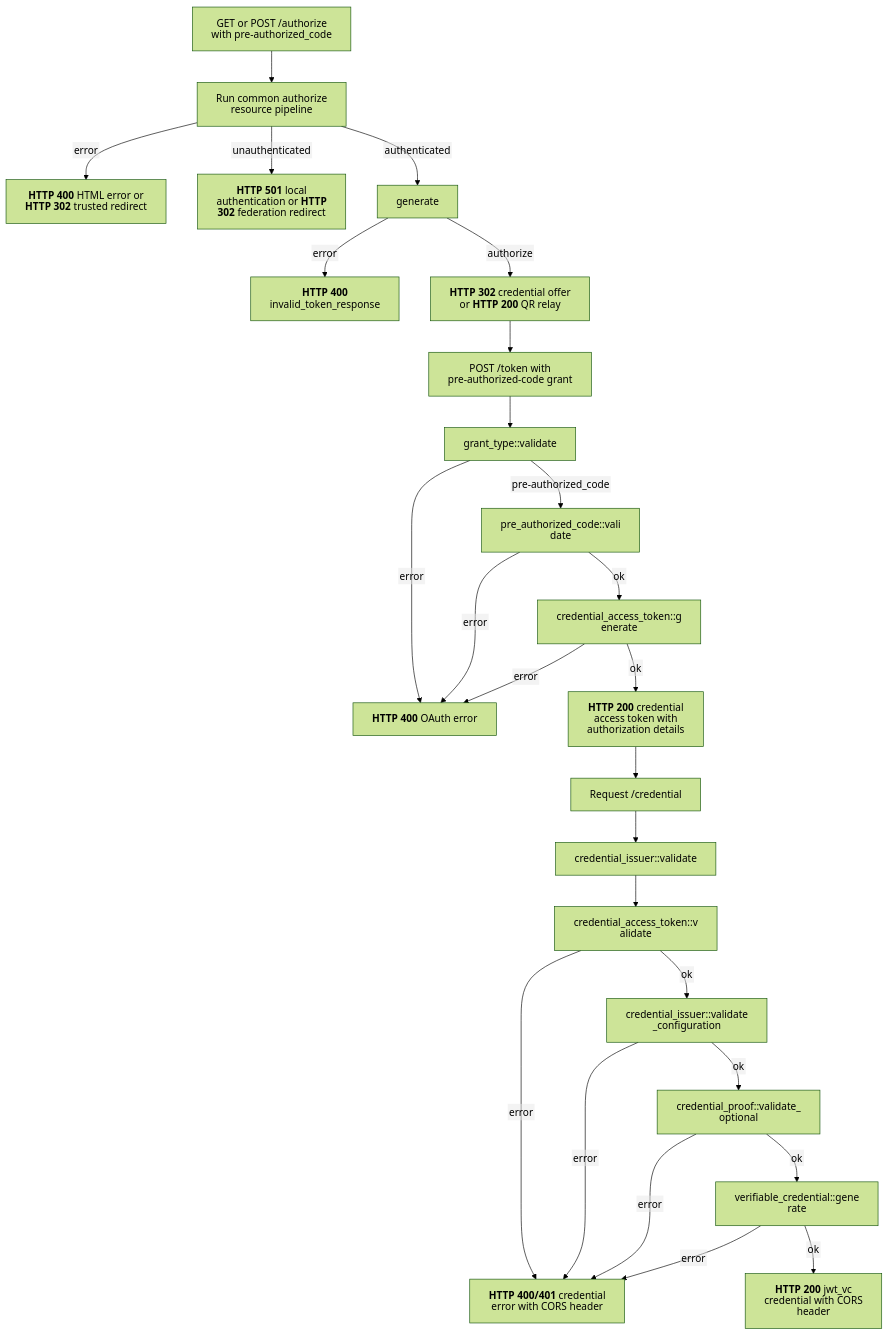
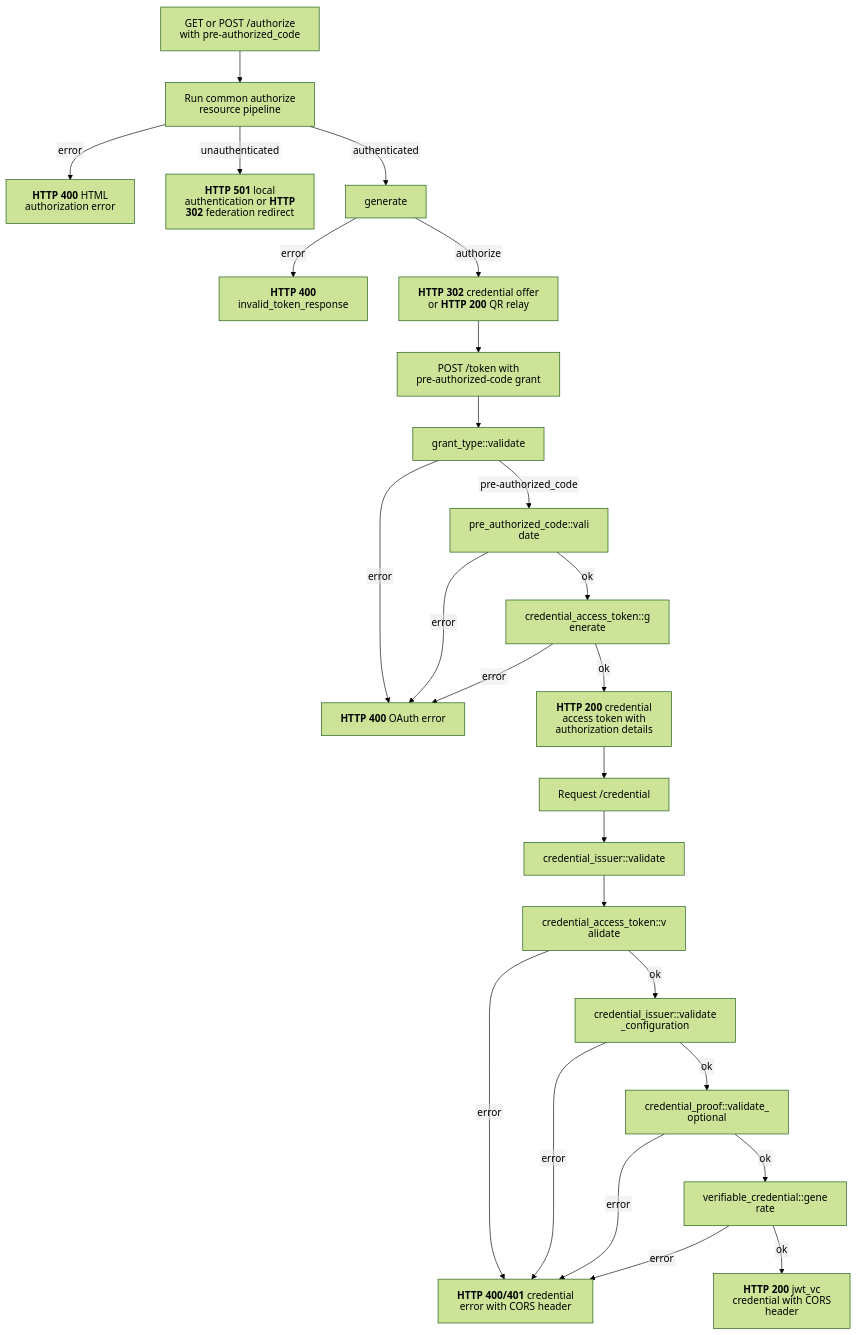
The diagram in docs/flows/openid4vci/pre_authorized_code.mmd (malach-it/kagome), drawn with Mermaid (forest theme) before and after one commit. The commit also changed 39 other files, not shown here.

```diff
--- a/docs/flows/openid4vci/pre_authorized_code.mmd
+++ b/docs/flows/openid4vci/pre_authorized_code.mmd
@@ -1,27 +1,27 @@
 %%{init: {"htmlLabels": false, "flowchart": {"htmlLabels": false}}}%%
 flowchart TD
     authorize[GET or POST /authorize with pre-authorized_code] --> authorize_pipeline[Run common authorize resource pipeline]
-    authorize_pipeline -- error --> authorize_error["`**HTTP 400** HTML error or **HTTP 302** trusted redirect`"]
+    authorize_pipeline -- error --> authorize_error["`**HTTP 400** HTML authorization error`"]
     authorize_pipeline -- unauthenticated --> authentication["`**HTTP 501** local authentication or **HTTP 302** federation redirect`"]
     authorize_pipeline -- authenticated --> generate
     generate -- error --> generation_error["`**HTTP 400** invalid_token_response`"]
     generate -- authorize --> authorize_offer["`**HTTP 302** credential offer or **HTTP 200** QR relay`"]
     authorize_offer --> token[POST /token with pre-authorized-code grant]
     token --> grant["grant_type::validate"]
     grant -- error --> token_error["`**HTTP 400** OAuth error`"]
     grant -- pre-authorized_code --> code["pre_authorized_code::validate"]
     code -- error --> token_error
     code -- ok --> access["credential_access_token::generate"]
     access -- error --> token_error
     access -- ok --> token_success["`**HTTP 200** credential access token with authorization details`"]
     token_success --> credential_request[Request /credential]
     credential_request --> credential_issuer["credential_issuer::validate"]
     credential_issuer --> bearer["credential_access_token::validate"]
     bearer -- error --> credential_error["`**HTTP 400/401** credential error with CORS header`"]
     bearer -- ok --> configuration["credential_issuer::validate_configuration"]
     configuration -- error --> credential_error
     configuration -- ok --> proof["credential_proof::validate_optional"]
     proof -- error --> credential_error
     proof -- ok --> issue["verifiable_credential::generate"]
     issue -- error --> credential_error
     issue -- ok --> success["`**HTTP 200** jwt_vc credential with CORS header`"]
```
